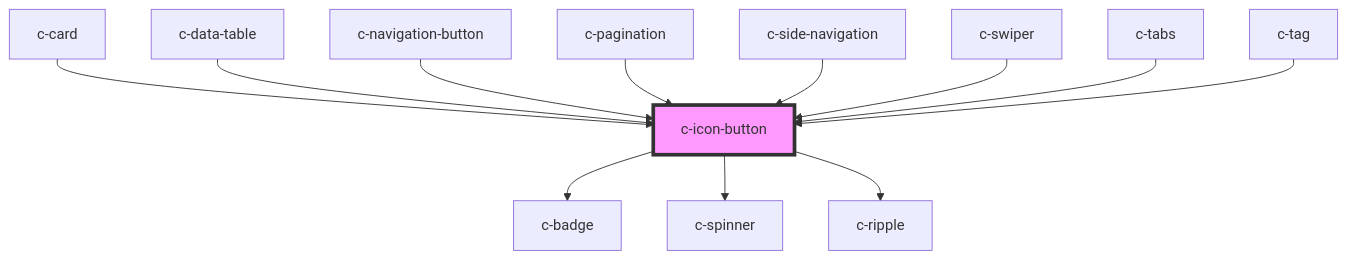
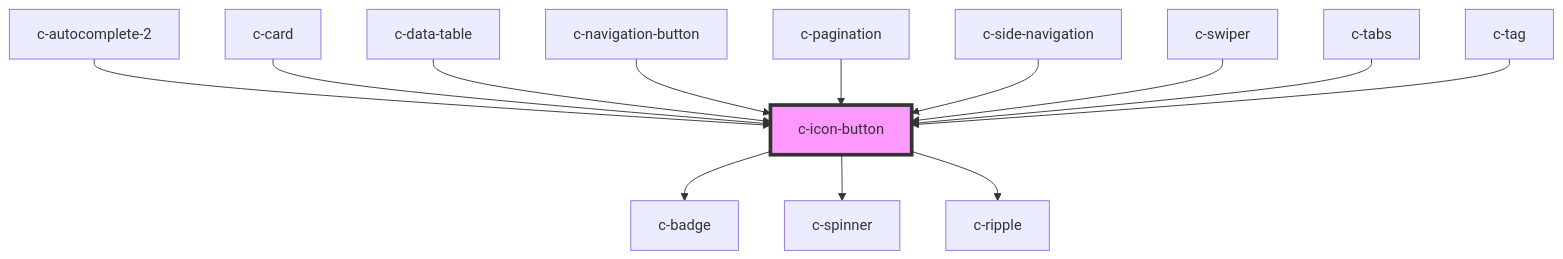
One commit to CSCfi/ui changed the diagram in packages/csc-ui/src/components/c-icon-button/readme.md. Above: the diagram before and after it, drawn with Mermaid. The commit also changed other lines of this file and 108 other files, not shown here.

````diff
--- a/packages/csc-ui/src/components/c-icon-button/readme.md
+++ b/packages/csc-ui/src/components/c-icon-button/readme.md
@@ -164,15 +50,16 @@
 ```mermaid
 graph TD;
   c-icon-button --> c-badge
   c-icon-button --> c-spinner
   c-icon-button --> c-ripple
+  c-autocomplete-2 --> c-icon-button
   c-card --> c-icon-button
   c-data-table --> c-icon-button
   c-navigation-button --> c-icon-button
   c-pagination --> c-icon-button
   c-side-navigation --> c-icon-button
   c-swiper --> c-icon-button
   c-tabs --> c-icon-button
   c-tag --> c-icon-button
   style c-icon-button fill:#f9f,stroke:#333,stroke-width:4px
 ```
````
